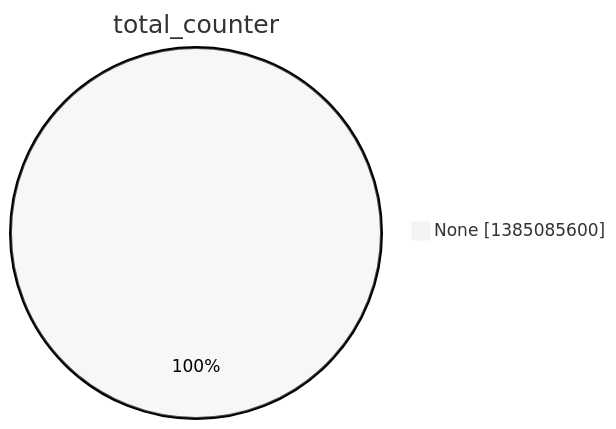
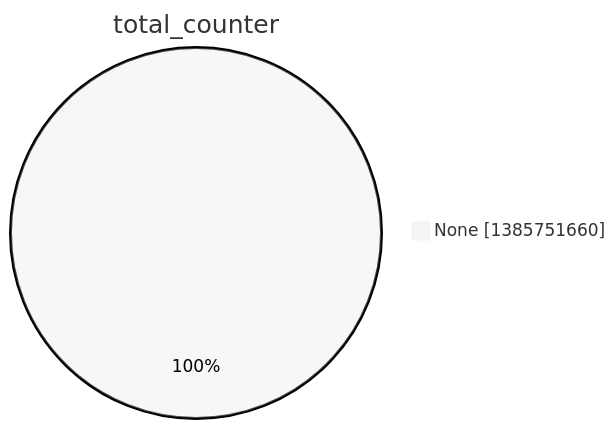
The second of 15 diagrams in argon2022/README.md (christiankrug/ctmonitor_visualization), drawn with Mermaid (neutral theme) before and after one commit. The commit also changed other lines of this file, not shown here.

````diff
--- a/argon2022/README.md
+++ b/argon2022/README.md
@@ -9,5 +9,5 @@
 ```mermaid
 pie showData
 title total_counter
-"None" :1385085600
+"None" :1385751660
 ```
````
